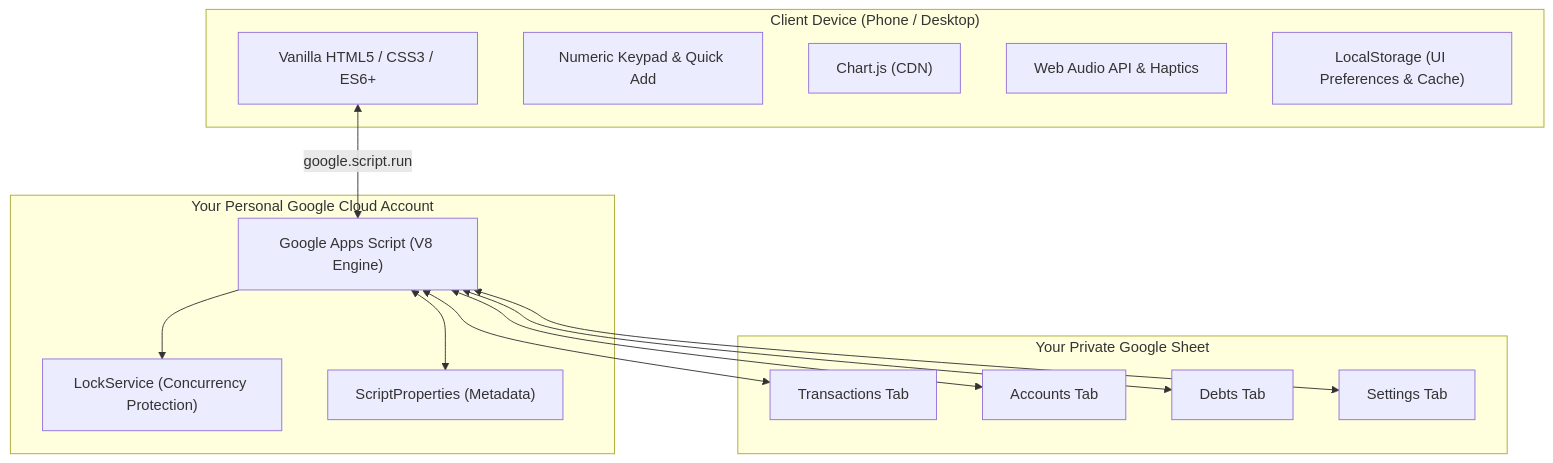
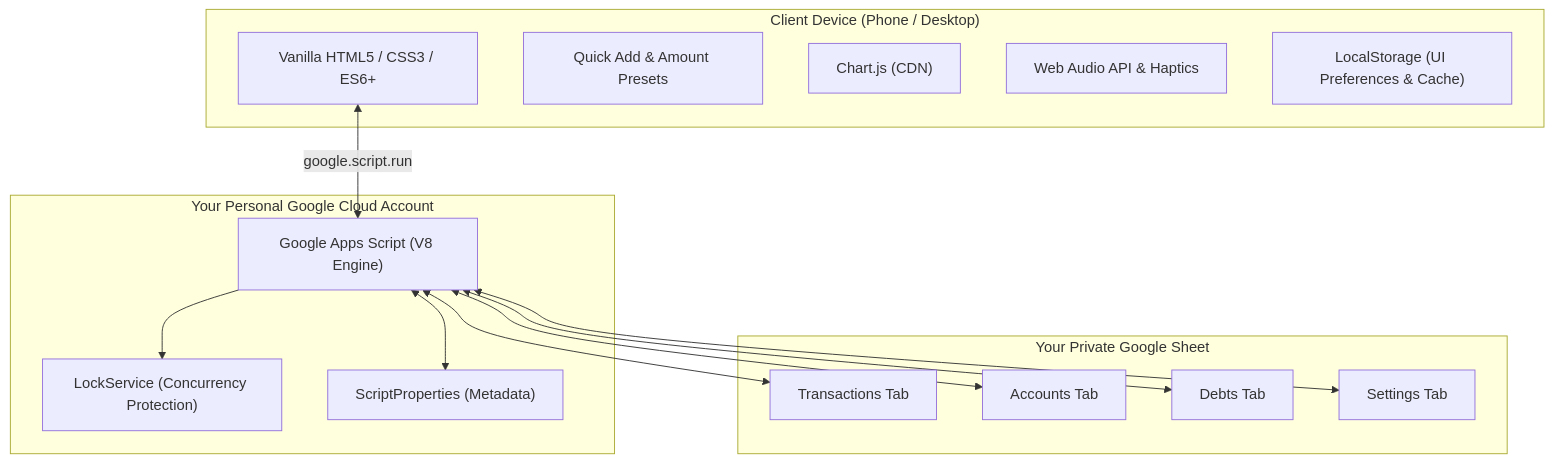
Before and after one commit to jjoosseepphh11/LedgerLit: the diagram in README.md, drawn with Mermaid. The commit also changed other lines of this file and 6 other files, not shown here.

````diff
--- a/README.md
+++ b/README.md
@@ -174,31 +175,31 @@
 ```mermaid
 flowchart TD
     subgraph Client ["Client Device (Phone / Desktop)"]
         UI["Vanilla HTML5 / CSS3 / ES6+"]
-        Keypad["Numeric Keypad & Quick Add"]
+        Keypad["Quick Add & Amount Presets"]
         Charts["Chart.js (CDN)"]
         Audio["Web Audio API & Haptics"]
         Storage["LocalStorage (UI Preferences & Cache)"]
     end
 
     subgraph GoogleCloud ["Your Personal Google Cloud Account"]
         GAS["Google Apps Script (V8 Engine)"]
         Lock["LockService (Concurrency Protection)"]
         Props["ScriptProperties (Metadata)"]
     end
 
     subgraph Database ["Your Private Google Sheet"]
         SheetTx["Transactions Tab"]
         SheetAcc["Accounts Tab"]
         SheetDebt["Debts Tab"]
         SheetSet["Settings Tab"]
     end
 
     UI <--> |"google.script.run"| GAS
     GAS --> Lock
     GAS <--> SheetTx
     GAS <--> SheetAcc
     GAS <--> SheetDebt
     GAS <--> SheetSet
     GAS <--> Props
 ```
````
